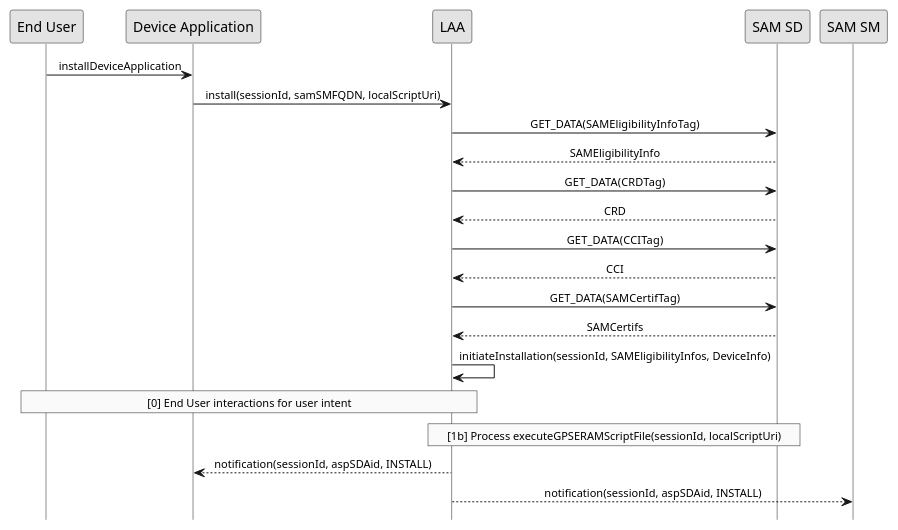
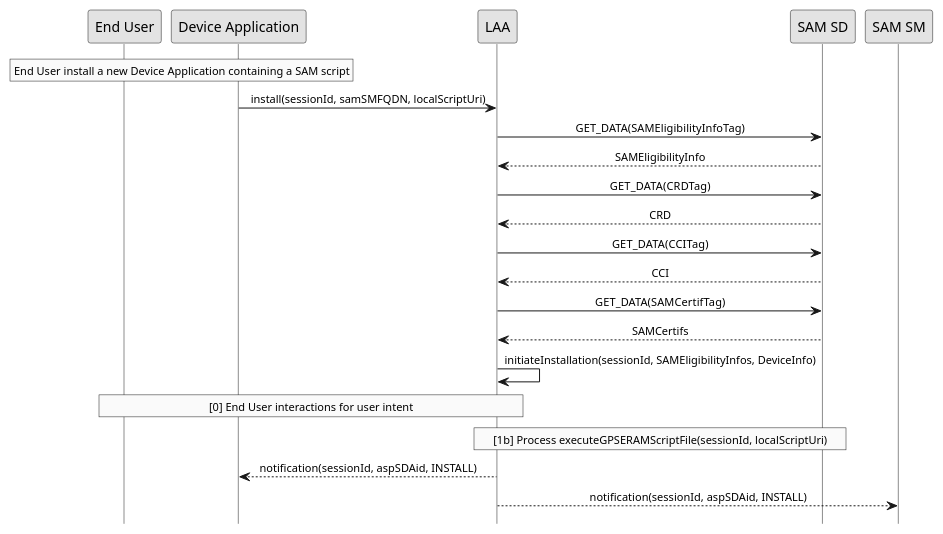
One commit to gaelrgerard/laa changed the diagram in doc/uml/install-local.pu. Above: the diagram before and after it, drawn with PlantUML. The commit also changed 1 other file, not shown here.

Commit message:
modifify install diag

```diff
--- a/doc/uml/install-local.pu
+++ b/doc/uml/install-local.pu
@@ -1,33 +1,37 @@
 @startuml
  
 hide footbox
 skinparam sequenceMessageAlign center
 skinparam sequenceArrowFontSize 11
 skinparam noteFontSize 11
 skinparam monochrome true
 skinparam lifelinestrategy solid
 
-"End User" -> "Device Application" : installDeviceApplication
+
+rnote over "End User", "Device Application"
+     End User install a new Device Application containing a SAM script
+end rnote
+
 "Device Application" -> LAA : install(sessionId, samSMFQDN, localScriptUri)
 LAA -> "SAM SD" : GET_DATA(SAMEligibilityInfoTag)
 "SAM SD" --> LAA : SAMEligibilityInfo  
 LAA -> "SAM SD" : GET_DATA(CRDTag)
 "SAM SD" --> LAA : CRD
 LAA -> "SAM SD" : GET_DATA(CCITag)
 "SAM SD" --> LAA : CCI
 LAA -> "SAM SD" : GET_DATA(SAMCertifTag)
 "SAM SD" --> LAA : SAMCertifs
 "LAA" -> "LAA" : initiateInstallation(sessionId, SAMEligibilityInfos, DeviceInfo) 
  
 rnote over "LAA", "End User"
      [0] End User interactions for user intent
 end rnote
 
 rnote over "LAA", "SAM SD"
      [1b] Process executeGPSERAMScriptFile(sessionId, localScriptUri)
 end rnote
  
 LAA --> "Device Application" : notification(sessionId, aspSDAid, INSTALL)
  
 LAA --> "SAM SM" : notification(sessionId, aspSDAid, INSTALL)
 @enduml
```
